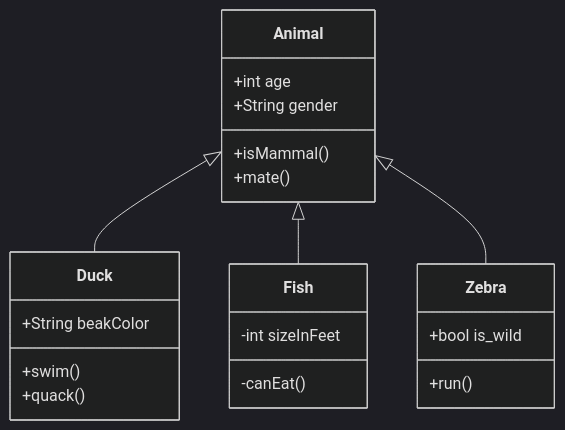
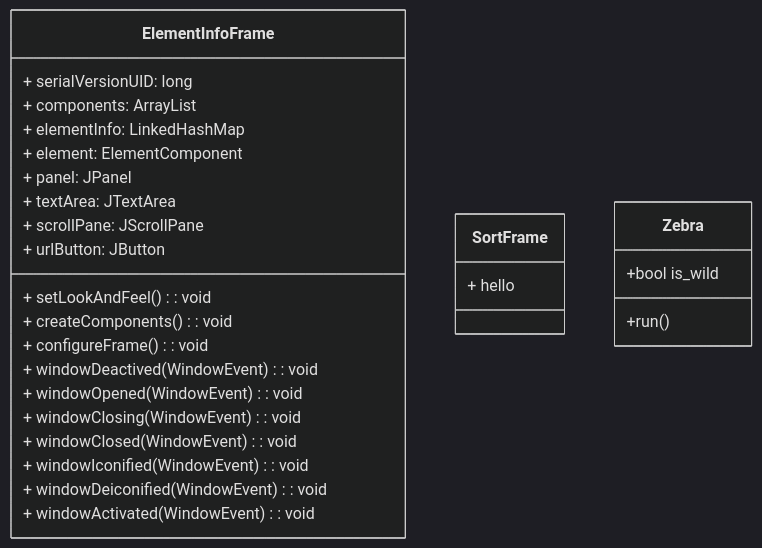
The diagram in README.md (9661328/cp2-individual-project), drawn with Mermaid (dark theme) before and after one commit.

````diff
--- a/README.md
+++ b/README.md
@@ -22,23 +22,32 @@
 ```mermaid
- classDiagram
-      Animal <|-- Duck
-      Animal <|-- Fish
-      Animal <|-- Zebra
-      Animal : +int age
-      Animal : +String gender
-      Animal: +isMammal()
-      Animal: +mate()
-      class Duck{
-          +String beakColor
-          +swim()
-          +quack()
-      }
-      class Fish{
-          -int sizeInFeet
-          -canEat()
-      }
+classDiagram
+class ElementInfoFrame{
++ serialVersionUID: long
++ components: ArrayList<ElementComponent>
++ elementInfo: LinkedHashMap<String, Object>
++ element: ElementComponent
++ panel: JPanel
++ textArea: JTextArea
++ scrollPane: JScrollPane
++ urlButton: JButton
+        
++ setLookAndFeel(): void
++ createComponents(): void
++ configureFrame(): void
++ windowDeactived(WindowEvent): void
++ windowOpened(WindowEvent): void
++ windowClosing(WindowEvent): void
++ windowClosed(WindowEvent): void
++ windowIconified(WindowEvent): void
++ windowDeiconified(WindowEvent): void
++ windowActivated(WindowEvent): void
+}
+
+class SortFrame{
++ hello
+}
       class Zebra{
           +bool is_wild
           +run()
       }
 ```
````
